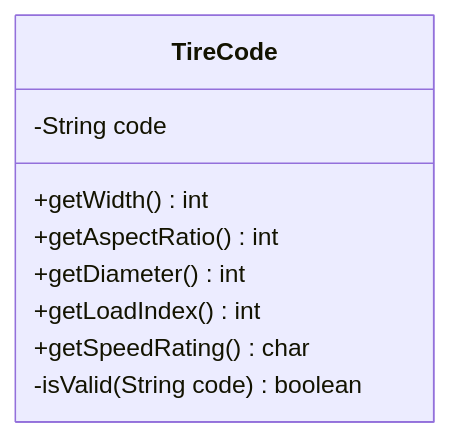
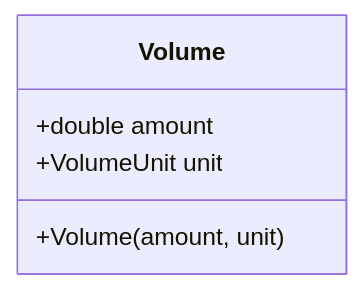
The eighth of 13 diagrams in docs/versioned_docs/version-2026.06.5-alpha/developer/mobile/app-architecture.md (abrahdev/karter), drawn with Mermaid before and after one commit. The commit also changed other lines of this file and 4 other files, not shown here.

````diff
--- a/docs/versioned_docs/version-2026.06.5-alpha/developer/mobile/app-architecture.md
+++ b/docs/versioned_docs/version-2026.06.5-alpha/developer/mobile/app-architecture.md
@@ -253,12 +264,8 @@
 ```mermaid
 classDiagram
-class TireCode {
-        -String code
-        +getWidth() int
-        +getAspectRatio() int
-        +getDiameter() int
-        +getLoadIndex() int
-        +getSpeedRating() char
-        -isValid(String code) boolean
+    class Volume {
+        +double amount
+        +VolumeUnit unit
+        +Volume(amount, unit)
     }
 ```
````
